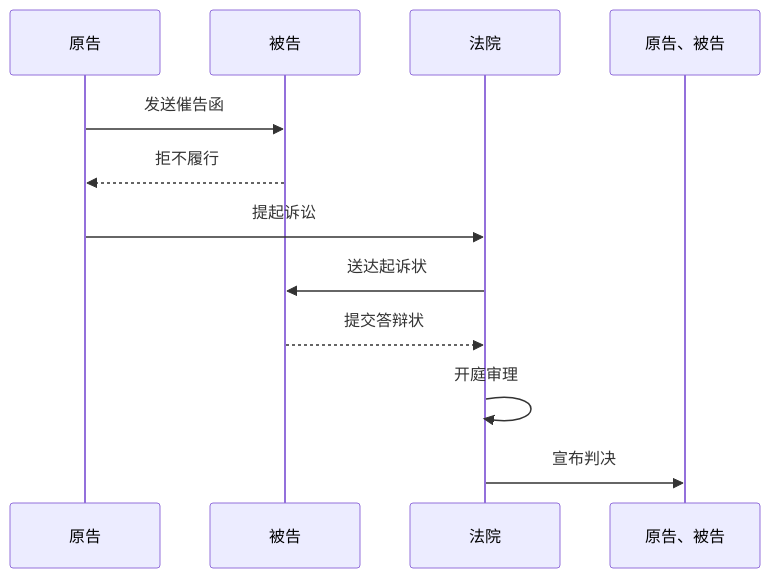
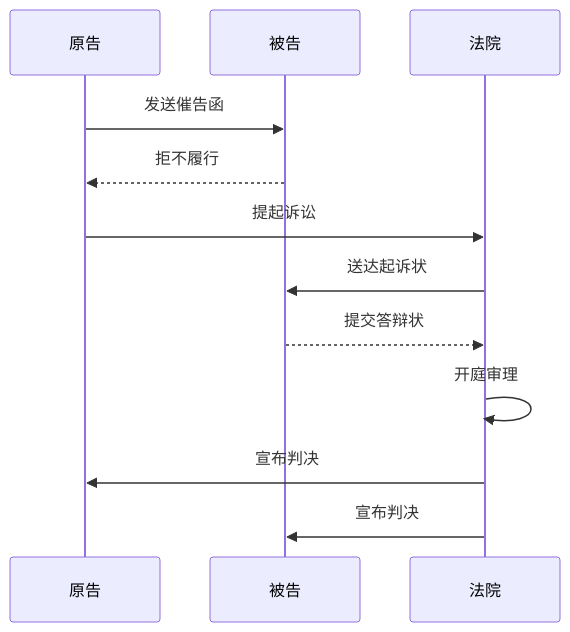
One commit to daixin877889/LexSeek changed the tenth of 25 diagrams in .deepagents/skills/litigation-visualization/SKILL.md. Above: the diagram before and after it, drawn with Mermaid. The commit also changed other lines of this file and 10 other files, not shown here.

````diff
--- a/.deepagents/skills/litigation-visualization/SKILL.md
+++ b/.deepagents/skills/litigation-visualization/SKILL.md
@@ -111,22 +443,23 @@
 ```mermaid
 %%{init: {'themeVariables': {
   'primaryColor': '#E8F5E9',
   'primaryTextColor': '#000000',
   'primaryBorderColor': '#4CAF50',
   'noteBkgColor': '#FFF9C4',
   'noteBorderColor': '#FBC02D',
   'noteTextColor': '#000000'
 }}}%%
 sequenceDiagram
     participant 原告
     participant 被告
     participant 法院
-
+    
     原告->>被告: 发送催告函
     被告-->>原告: 拒不履行
     原告->>法院: 提起诉讼
     法院->>被告: 送达起诉状
     被告-->>法院: 提交答辩状
     法院->>法院: 开庭审理
-    法院->>原告、被告: 宣布判决
+    法院->>原告: 宣布判决
+    法院->>被告: 宣布判决
 ```
````
